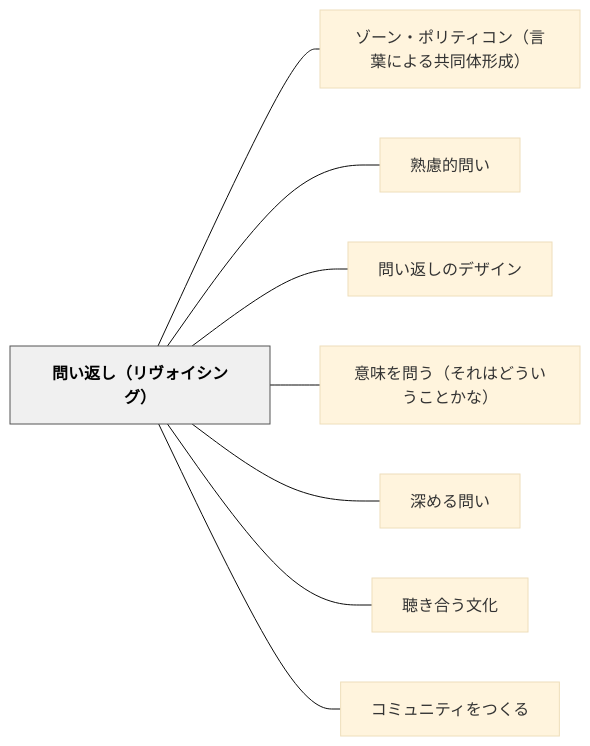
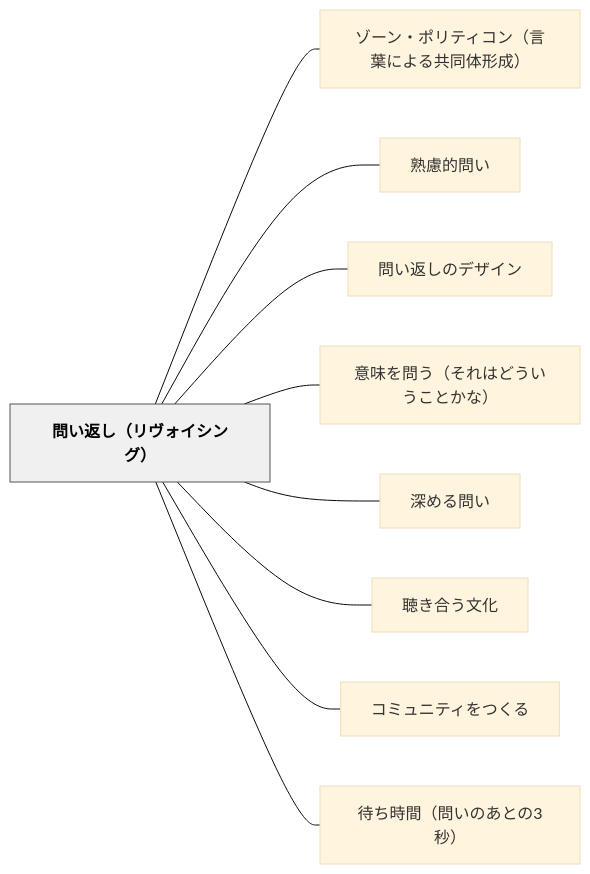
One commit to unknownthings-ed-patterns/unknownthings-ed-patterns changed the diagram in content/パタン/問い返し（リヴォイシング）.md. Above: the diagram before and after it, drawn with Mermaid (base theme). The commit also changed other lines of this file and 6 other files, not shown here.

````diff
--- a/content/パタン/問い返し（リヴォイシング）.md
+++ b/content/パタン/問い返し（リヴォイシング）.md
@@ -71,22 +72,24 @@
 ```mermaid
 flowchart LR
     ne5958fe38184e8bf94e38197efbc88e383aae383b4e382a9e382a4e382b7e383b3e382b0efbc89["問い返し（リヴォイシング）"]
     ne382bee383bce383b3e383bbe3839de383aae38386e382a3e382b3e383b3efbc88e8a880e89189e381abe38288e3828be585b1e5908ce4bd93e5bda2e68890efbc89["ゾーン・ポリティコン（言葉による共同体形成）"]
     ne7869fe685aee79a84e5958fe38184["熟慮的問い"]
     ne5958fe38184e8bf94e38197e381aee38387e382b6e382a4e383b3["問い返しのデザイン"]
     ne6848fe591b3e38292e5958fe38186efbc88e3819de3828ce381afe381a9e38186e38184e38186e38193e381a8e3818be381aaefbc89["意味を問う（それはどういうことかな）"]
     ne6b7b1e38281e3828be5958fe38184["深める問い"]
     ne881b4e3818de59088e38186e69687e58c96["聴き合う文化"]
     ne382b3e3839fe383a5e3838be38386e382a3e38292e381a4e3818fe3828b["コミュニティをつくる"]
+    ne5be85e381a1e69982e99693efbc88e5958fe38184e381aee38182e381a8e381ae33e7a792efbc89["待ち時間（問いのあとの3秒）"]
 
     ne5958fe38184e8bf94e38197efbc88e383aae383b4e382a9e382a4e382b7e383b3e382b0efbc89 --- ne382bee383bce383b3e383bbe3839de383aae38386e382a3e382b3e383b3efbc88e8a880e89189e381abe38288e3828be585b1e5908ce4bd93e5bda2e68890efbc89
     ne5958fe38184e8bf94e38197efbc88e383aae383b4e382a9e382a4e382b7e383b3e382b0efbc89 --- ne7869fe685aee79a84e5958fe38184
     ne5958fe38184e8bf94e38197efbc88e383aae383b4e382a9e382a4e382b7e383b3e382b0efbc89 --- ne5958fe38184e8bf94e38197e381aee38387e382b6e382a4e383b3
     ne5958fe38184e8bf94e38197efbc88e383aae383b4e382a9e382a4e382b7e383b3e382b0efbc89 --- ne6848fe591b3e38292e5958fe38186efbc88e3819de3828ce381afe381a9e38186e38184e38186e38193e381a8e3818be381aaefbc89
     ne5958fe38184e8bf94e38197efbc88e383aae383b4e382a9e382a4e382b7e383b3e382b0efbc89 --- ne6b7b1e38281e3828be5958fe38184
     ne5958fe38184e8bf94e38197efbc88e383aae383b4e382a9e382a4e382b7e383b3e382b0efbc89 --- ne881b4e3818de59088e38186e69687e58c96
     ne5958fe38184e8bf94e38197efbc88e383aae383b4e382a9e382a4e382b7e383b3e382b0efbc89 --- ne382b3e3839fe383a5e3838be38386e382a3e38292e381a4e3818fe3828b
+    ne5958fe38184e8bf94e38197efbc88e383aae383b4e382a9e382a4e382b7e383b3e382b0efbc89 --- ne5be85e381a1e69982e99693efbc88e5958fe38184e381aee38182e381a8e381ae33e7a792efbc89
 
     classDef hub fill:#f0f0f0,stroke:#555,color:#000,font-weight:bold
     class ne5958fe38184e8bf94e38197efbc88e383aae383b4e382a9e382a4e382b7e383b3e382b0efbc89 hub
 ```
````
